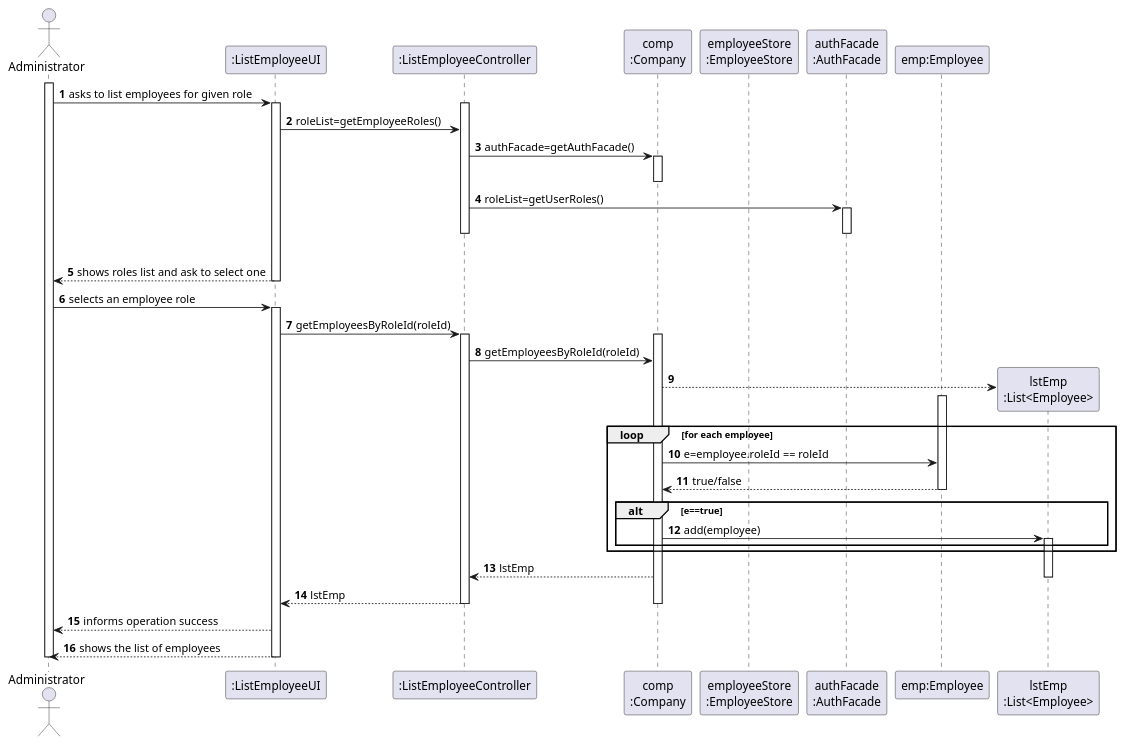
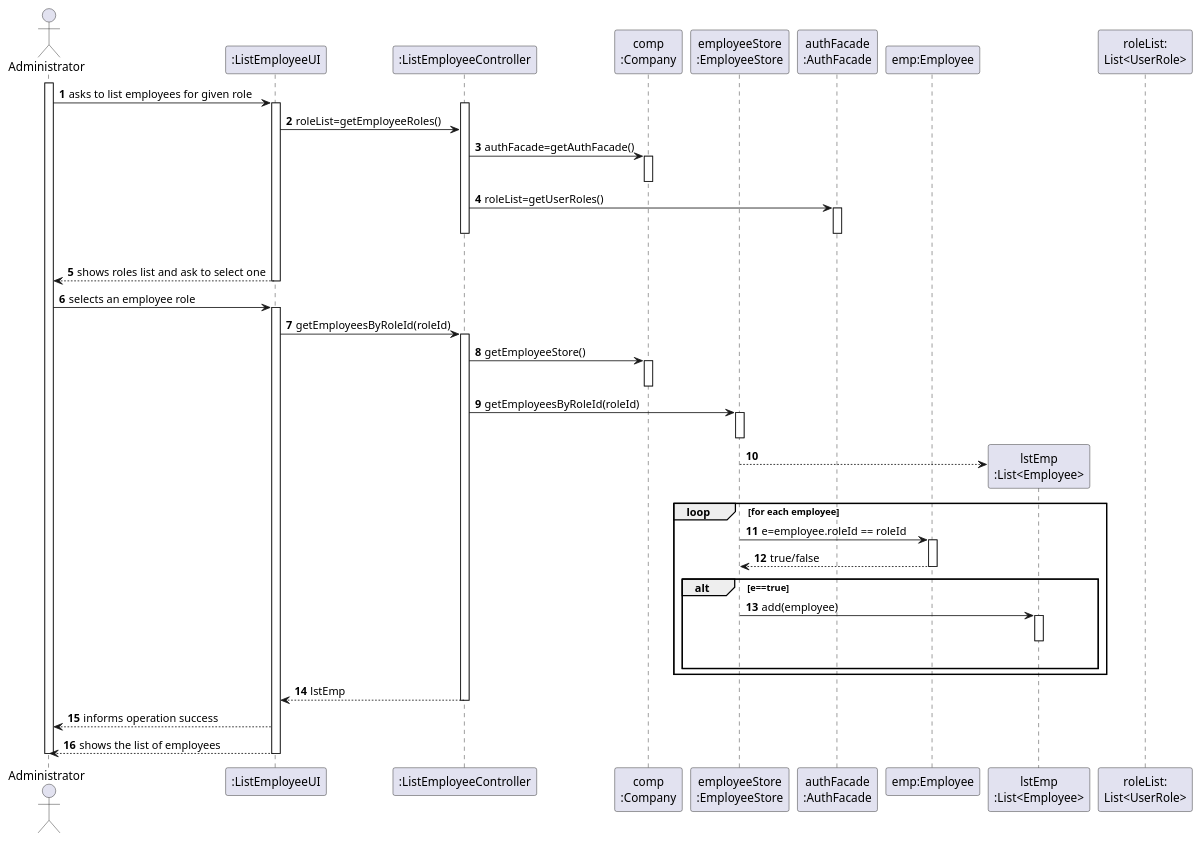
One commit to miseEnPlace-i/lapr2 changed the diagram in docs/SprintB/US11/SD/US11_SD.puml. Above: the diagram before and after it, drawn with PlantUML. The commit also changed 5 other files, not shown here.

Commit message:
docs(US11): fixed SD using employee store

```diff
--- a/docs/SprintB/US11/SD/US11_SD.puml
+++ b/docs/SprintB/US11/SD/US11_SD.puml
@@ -1,67 +1,74 @@
 @startuml
 autonumber
 'hide footbox
 actor "Administrator" as ADM
 
 participant ":ListEmployeeUI" as UI
 participant ":ListEmployeeController" as CTRL
 participant "comp\n:Company" as COMP
 participant "employeeStore\n:EmployeeStore" as EMPS
 participant "authFacade\n:AuthFacade" as AUTH
 participant "emp:Employee" as EMP
+
 
 activate ADM
 ADM -> UI : asks to list employees for given role
 activate UI
 activate CTRL
 UI -> CTRL : roleList=getEmployeeRoles()
 CTRL -> COMP : authFacade=getAuthFacade()
 activate COMP
 deactivate COMP
 
 CTRL -> AUTH : roleList=getUserRoles()
 activate AUTH
 |||
 deactivate AUTH
 deactivate CTRL
 
 UI --> ADM : shows roles list and ask to select one
 deactivate UI
 
 ADM -> UI : selects an employee role
 activate UI
 
 UI -> CTRL : getEmployeesByRoleId(roleId)
 activate CTRL
 
+CTRL -> COMP: getEmployeeStore()
 activate COMP
-CTRL -> COMP: getEmployeesByRoleId(roleId)
+deactivate COMP
+CTRL -> EMPS: getEmployeesByRoleId(roleId)
+activate EMPS
+deactivate EMPS
 create "lstEmp\n:List<Employee>" as LST
-COMP --> LST
+EMPS --> LST
 
 loop for each employee
+    EMPS -> EMP: e=employee.roleId == roleId
   activate EMP
-    COMP -> EMP: e=employee.roleId == roleId
-    EMP --> COMP: true/false
+    EMP --> EMPS: true/false
   deactivate EMP
     alt e==true
-        COMP -> LST: add(employee)
+        EMPS -> LST: add(employee)
       activate LST
+    |||
+    deactivate LST
     end
 end
 
-COMP --> CTRL: lstEmp
-deactivate LST
 CTRL --> UI: lstEmp
 
 deactivate COMP
 deactivate CTRL
 UI --> ADM : informs operation success
 UI --> ADM: shows the list of employees
 deactivate UI
 
 deactivate UI
 deactivate CTRL
 deactivate ADM
 
+participant "roleList:\nList<UserRole>"
+
 @enduml
```
